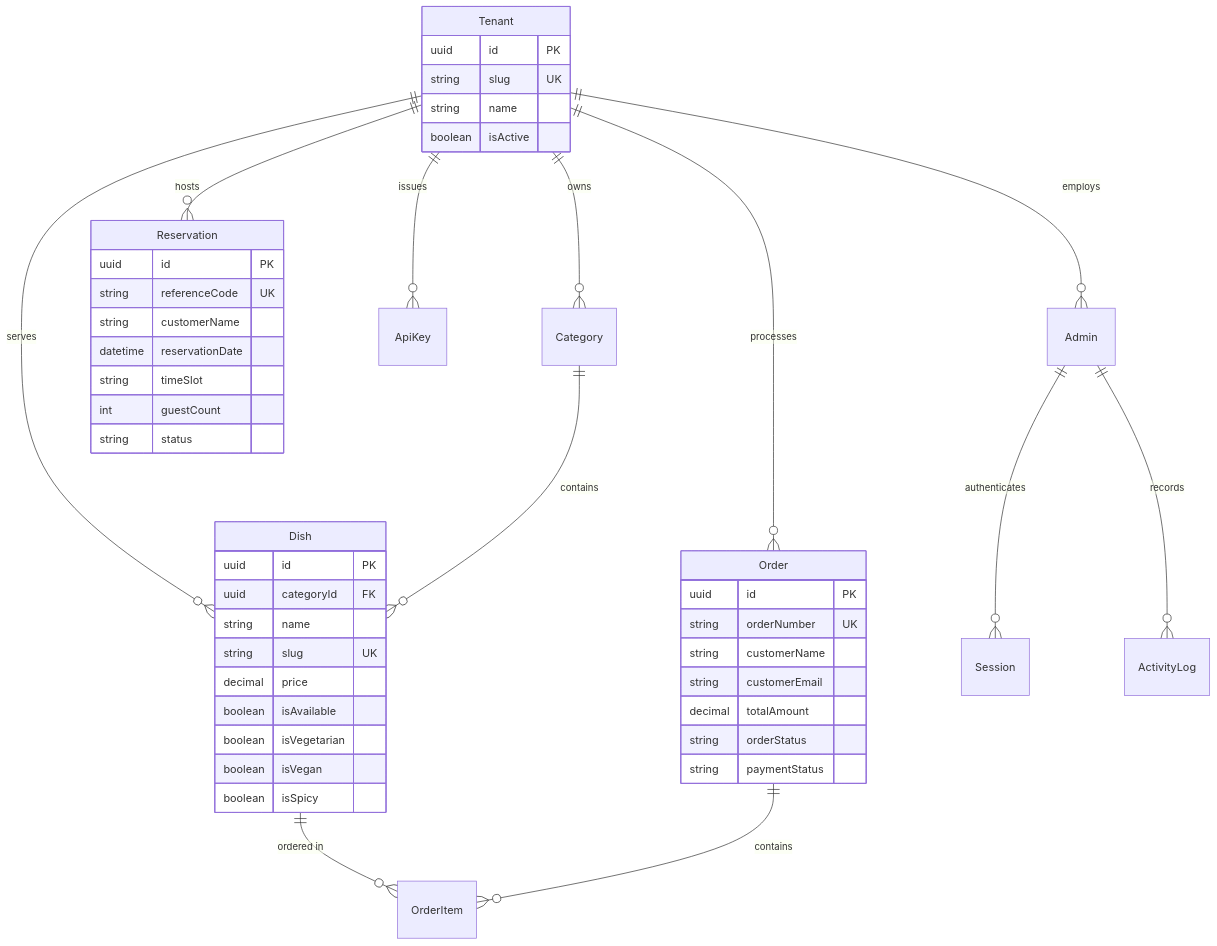
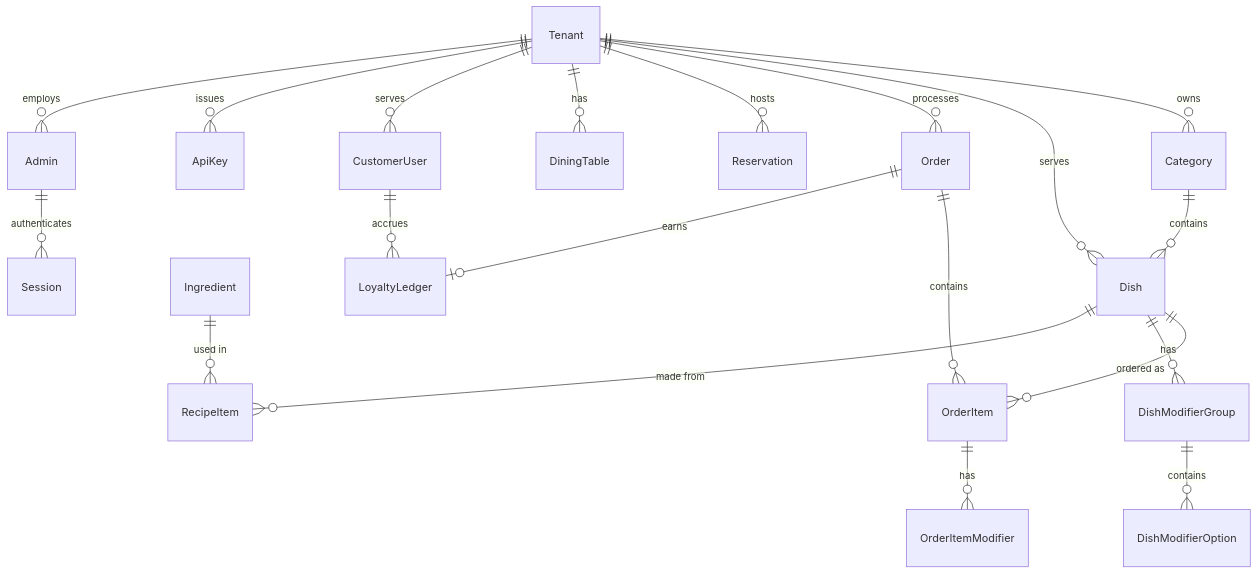
Before and after one commit to Himanshusingh204/cafeplatform: the second of 2 diagrams in README.md, drawn with Mermaid. The commit also changed other lines of this file and 25 other files, not shown here.

````diff
--- a/README.md
+++ b/README.md
@@ -162,54 +146,23 @@
 ```mermaid
 erDiagram
-    Tenant ||--o{ Category : "owns"
-    Tenant ||--o{ Dish : "serves"
-    Tenant ||--o{ Order : "processes"
-    Tenant ||--o{ Reservation : "hosts"
-    Tenant ||--o{ ApiKey : "issues"
-    Tenant ||--o{ Admin : "employs"
+    Tenant ||--o{ Category : owns
+    Tenant ||--o{ Dish : serves
+    Tenant ||--o{ Order : processes
+    Tenant ||--o{ Reservation : hosts
+    Tenant ||--o{ DiningTable : has
+    Tenant ||--o{ CustomerUser : serves
+    Tenant ||--o{ ApiKey : issues
+    Tenant ||--o{ Admin : employs
 
-    Category ||--o{ Dish : "contains"
-    Dish ||--o{ OrderItem : "ordered in"
-    Order ||--o{ OrderItem : "contains"
-    Admin ||--o{ Session : "authenticates"
-    Admin ||--o{ ActivityLog : "records"
-
-    Tenant {
-        uuid id PK
-        string slug UK
-        string name
-        boolean isActive
-    }
-
-    Dish {
-        uuid id PK
-        uuid categoryId FK
-        string name
-        string slug UK
-        decimal price
-        boolean isAvailable
-        boolean isVegetarian
-        boolean isVegan
-        boolean isSpicy
-    }
-
-    Order {
-        uuid id PK
-        string orderNumber UK
-        string customerName
-        string customerEmail
-        decimal totalAmount
-        string orderStatus
-        string paymentStatus
-    }
-
-    Reservation {
-        uuid id PK
-        string referenceCode UK
-        string customerName
-        datetime reservationDate
-        string timeSlot
-        int guestCount
-        string status
-    }
+    Category ||--o{ Dish : contains
+    Dish ||--o{ OrderItem : "ordered as"
+    Order ||--o{ OrderItem : contains
+    OrderItem ||--o{ OrderItemModifier : "has"
+    Dish ||--o{ DishModifierGroup : "has"
+    DishModifierGroup ||--o{ DishModifierOption : contains
+    Dish ||--o{ RecipeItem : "made from"
+    Ingredient ||--o{ RecipeItem : "used in"
+    Admin ||--o{ Session : authenticates
+    CustomerUser ||--o{ LoyaltyLedger : accrues
+    Order ||--o| LoyaltyLedger : earns
 ```
````
